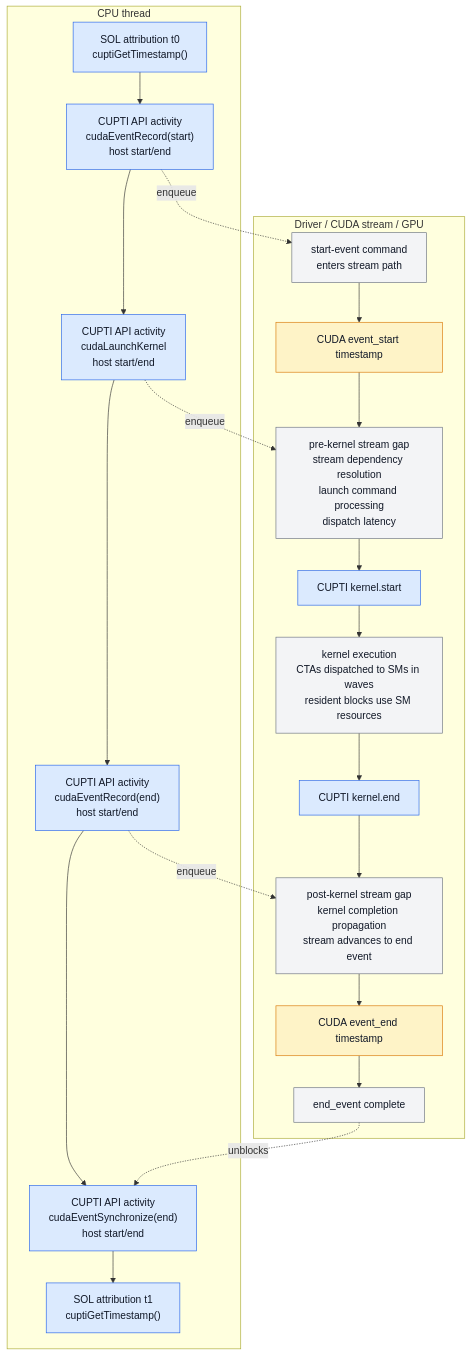
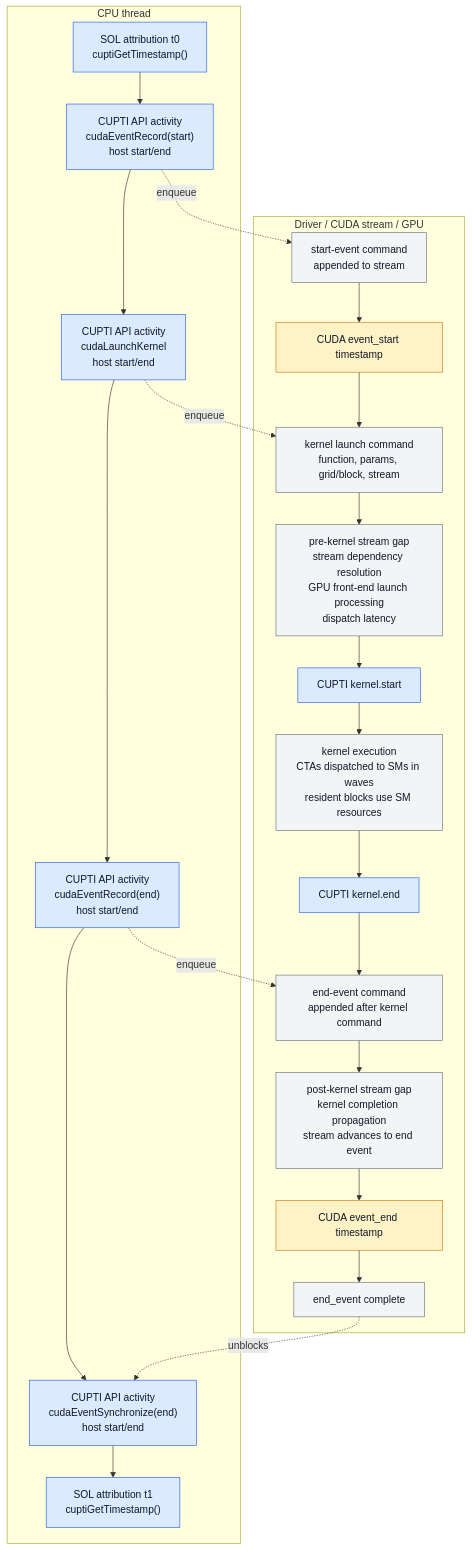
Before and after one commit to superAngGao/tileops-operator-design-plans: the second of 4 diagrams in plans/archive/benchmark-methods-survey-note-cn.md, drawn with Mermaid. The commit also changed other lines of this file, not shown here.

Commit message:
Refine GPU benchmark timing survey

````diff
--- a/plans/archive/benchmark-methods-survey-note-cn.md
+++ b/plans/archive/benchmark-methods-survey-note-cn.md
@@ -54,35 +54,37 @@
 ```mermaid
 flowchart TB
     subgraph CPU["CPU thread"]
         T0["SOL attribution t0<br/>cuptiGetTimestamp()"]:::cupti
         A0["CUPTI API activity<br/>cudaEventRecord(start)<br/>host start/end"]:::cupti
         A1["CUPTI API activity<br/>cudaLaunchKernel<br/>host start/end"]:::cupti
         A2["CUPTI API activity<br/>cudaEventRecord(end)<br/>host start/end"]:::cupti
         A3["CUPTI API activity<br/>cudaEventSynchronize(end)<br/>host start/end"]:::cupti
         T1["SOL attribution t1<br/>cuptiGetTimestamp()"]:::cupti
     end
 
     subgraph GPU["Driver / CUDA stream / GPU"]
-        Q0["start-event command<br/>enters stream path"]:::work
+        Q0["start-event command<br/>appended to stream"]:::work
         E0["CUDA event_start timestamp"]:::event
-        G0["pre-kernel stream gap<br/>stream dependency resolution<br/>launch command processing<br/>dispatch latency"]:::work
+        Q1["kernel launch command<br/>function, params, grid/block, stream"]:::work
+        G0["pre-kernel stream gap<br/>stream dependency resolution<br/>GPU front-end launch processing<br/>dispatch latency"]:::work
         K0["CUPTI kernel.start"]:::cupti
         X0["kernel execution<br/>CTAs dispatched to SMs in waves<br/>resident blocks use SM resources"]:::work
         K1["CUPTI kernel.end"]:::cupti
+        Q2["end-event command<br/>appended after kernel command"]:::work
         G1["post-kernel stream gap<br/>kernel completion propagation<br/>stream advances to end event"]:::work
         E1["CUDA event_end timestamp"]:::event
         D0["end_event complete"]:::work
     end
 
     T0 --> A0 --> A1 --> A2 --> A3 --> T1
     A0 -. enqueue .-> Q0
-    A1 -. enqueue .-> G0
-    A2 -. enqueue .-> G1
-    Q0 --> E0 --> G0 --> K0 --> X0 --> K1 --> G1 --> E1 --> D0
+    A1 -. enqueue .-> Q1
+    A2 -. enqueue .-> Q2
+    Q0 --> E0 --> Q1 --> G0 --> K0 --> X0 --> K1 --> Q2 --> G1 --> E1 --> D0
     D0 -. unblocks .-> A3
 
     classDef cupti fill:#DBEAFE,stroke:#2563EB,color:#111827
     classDef event fill:#FEF3C7,stroke:#D97706,color:#111827
     classDef cpuwall fill:#DCFCE7,stroke:#16A34A,color:#111827
     classDef work fill:#F3F4F6,stroke:#6B7280,color:#111827
 ```
````
